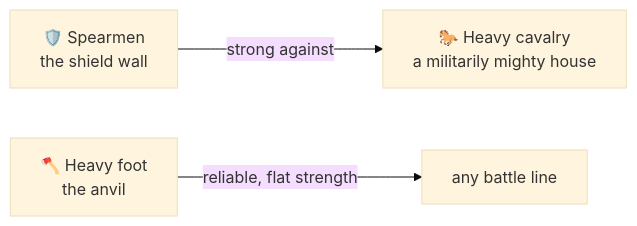
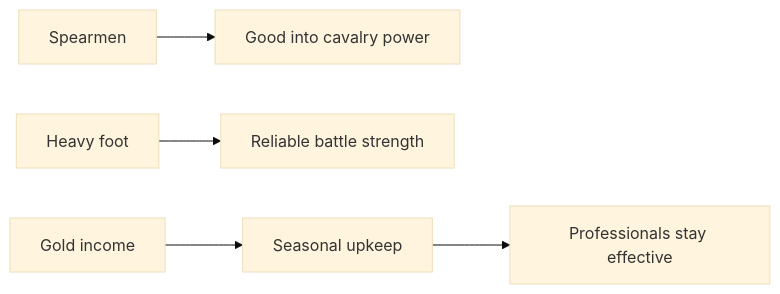
The diagram in content/realm/Armies and Men-at-Arms.md (kroryan/Quartz-HispaniaBeta), drawn with Mermaid (base theme) before and after one commit. The commit also changed other lines of this file and 35 other files, not shown here.

````diff
--- a/content/realm/Armies and Men-at-Arms.md
+++ b/content/realm/Armies and Men-at-Arms.md
@@ -27,5 +32,7 @@
 ```mermaid
 flowchart LR
-    S[🛡️ Spearmen<br/>the shield wall] -->|strong against| H[🐎 Heavy cavalry<br/>a militarily mighty house]
-    HF[🪓 Heavy foot<br/>the anvil] -->|reliable, flat strength| L[any battle line]
+    S[Spearmen] --> C[Good into cavalry power]
+    H[Heavy foot] --> R[Reliable battle strength]
+    G[Gold income] --> U[Seasonal upkeep]
+    U --> A[Professionals stay effective]
 ```
````
